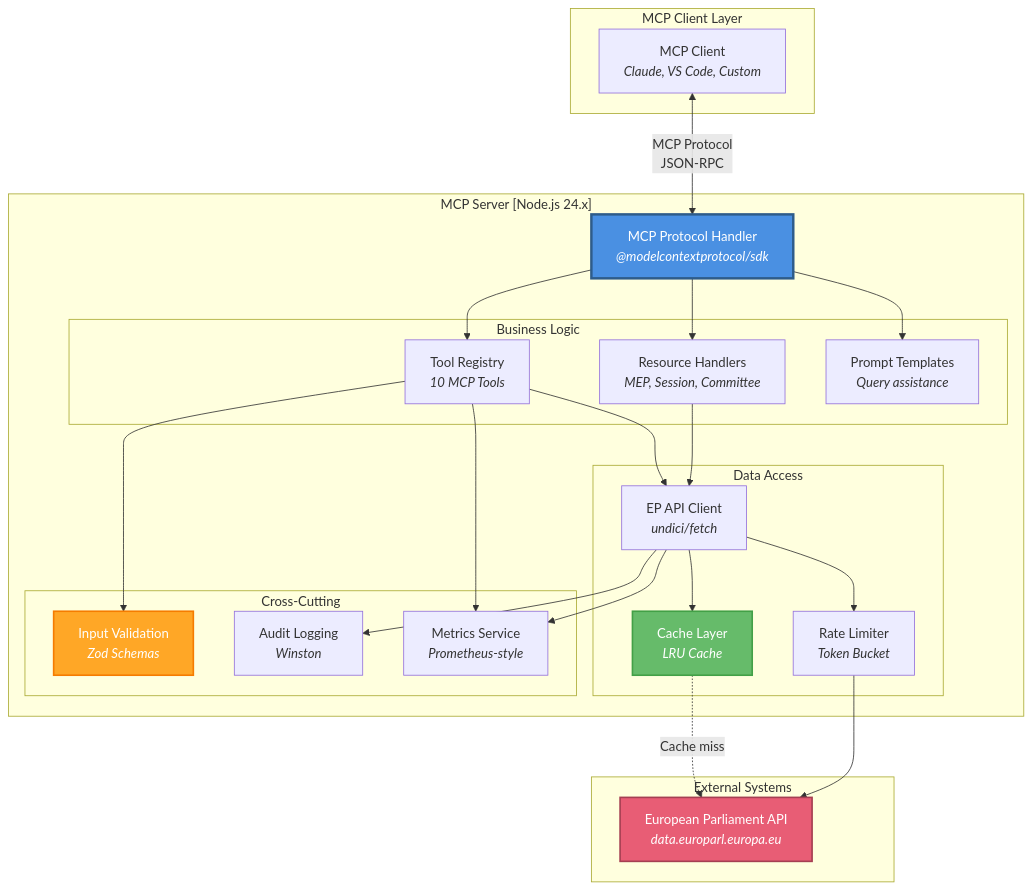
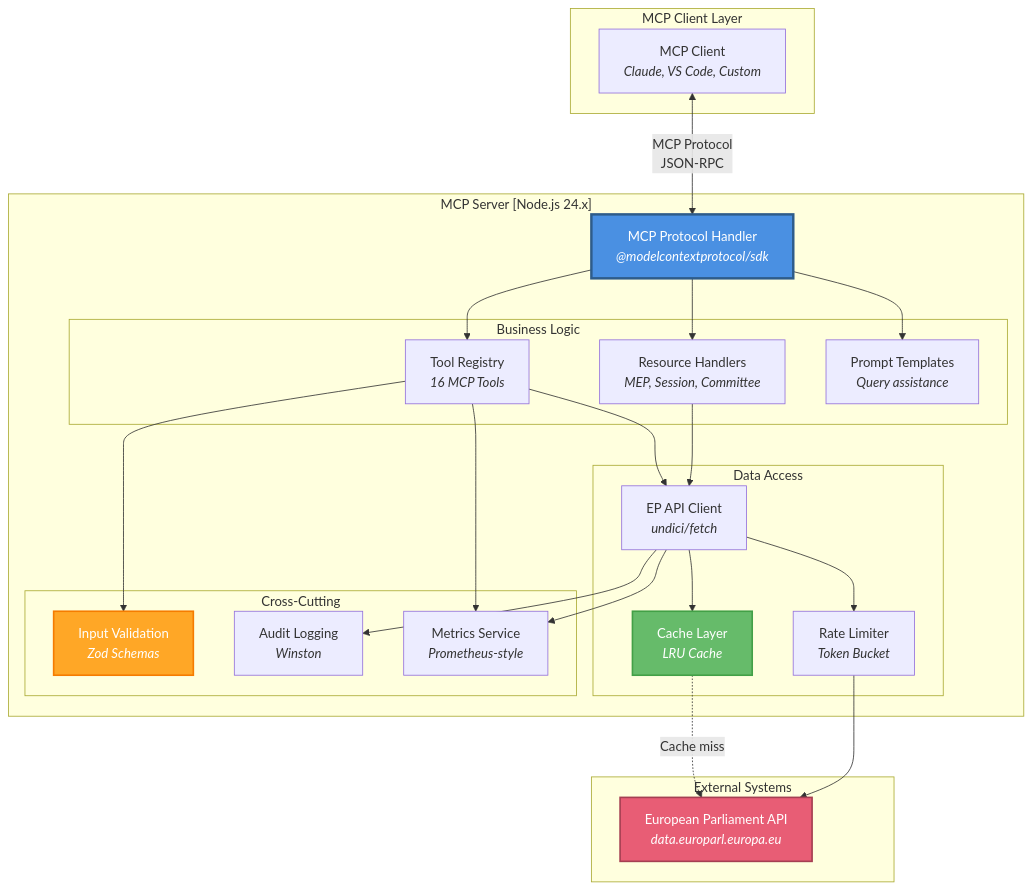
The second of 14 diagrams in ARCHITECTURE_DIAGRAMS.md (Hack23/European-Parliament-MCP-Server), drawn with Mermaid before and after one commit. The commit also changed 7 other files, not shown here.

Commit message:
Update remaining docs to reflect 16 MCP tools across all documentation

````diff
--- a/ARCHITECTURE_DIAGRAMS.md
+++ b/ARCHITECTURE_DIAGRAMS.md
@@ -114,56 +114,56 @@
 ```mermaid
 graph TB
     subgraph "MCP Client Layer"
         CLIENT[MCP Client<br/><i>Claude, VS Code, Custom</i>]
     end
     
     subgraph "MCP Server [Node.js 24.x]"
         SERVER[MCP Protocol Handler<br/><i>@modelcontextprotocol/sdk</i>]
         
         subgraph "Business Logic"
-            TOOLS[Tool Registry<br/><i>10 MCP Tools</i>]
+            TOOLS[Tool Registry<br/><i>16 MCP Tools</i>]
             RESOURCES[Resource Handlers<br/><i>MEP, Session, Committee</i>]
             PROMPTS[Prompt Templates<br/><i>Query assistance</i>]
         end
         
         subgraph "Data Access"
             API_CLIENT[EP API Client<br/><i>undici/fetch</i>]
             CACHE[Cache Layer<br/><i>LRU Cache</i>]
             RATE_LIMITER[Rate Limiter<br/><i>Token Bucket</i>]
         end
         
         subgraph "Cross-Cutting"
             VALIDATION[Input Validation<br/><i>Zod Schemas</i>]
             LOGGING[Audit Logging<br/><i>Winston</i>]
             METRICS[Metrics Service<br/><i>Prometheus-style</i>]
         end
     end
     
     subgraph "External Systems"
         EP_API[European Parliament API<br/><i>data.europarl.europa.eu</i>]
     end
     
     CLIENT <-->|MCP Protocol<br/>JSON-RPC| SERVER
     SERVER --> TOOLS
     SERVER --> RESOURCES
     SERVER --> PROMPTS
     
     TOOLS --> VALIDATION
     TOOLS --> API_CLIENT
     RESOURCES --> API_CLIENT
     
     API_CLIENT --> CACHE
     API_CLIENT --> RATE_LIMITER
     API_CLIENT --> LOGGING
     
     CACHE -.->|Cache miss| EP_API
     RATE_LIMITER --> EP_API
     
     TOOLS --> METRICS
     API_CLIENT --> METRICS
     
     style SERVER fill:#4A90E2,stroke:#2E5C8A,stroke-width:3px,color:#fff
     style EP_API fill:#E85D75,stroke:#A53F52,stroke-width:2px,color:#fff
     style CACHE fill:#66BB6A,stroke:#43A047,stroke-width:2px,color:#fff
     style VALIDATION fill:#FFA726,stroke:#F57C00,stroke-width:2px,color:#fff
 ```
````
